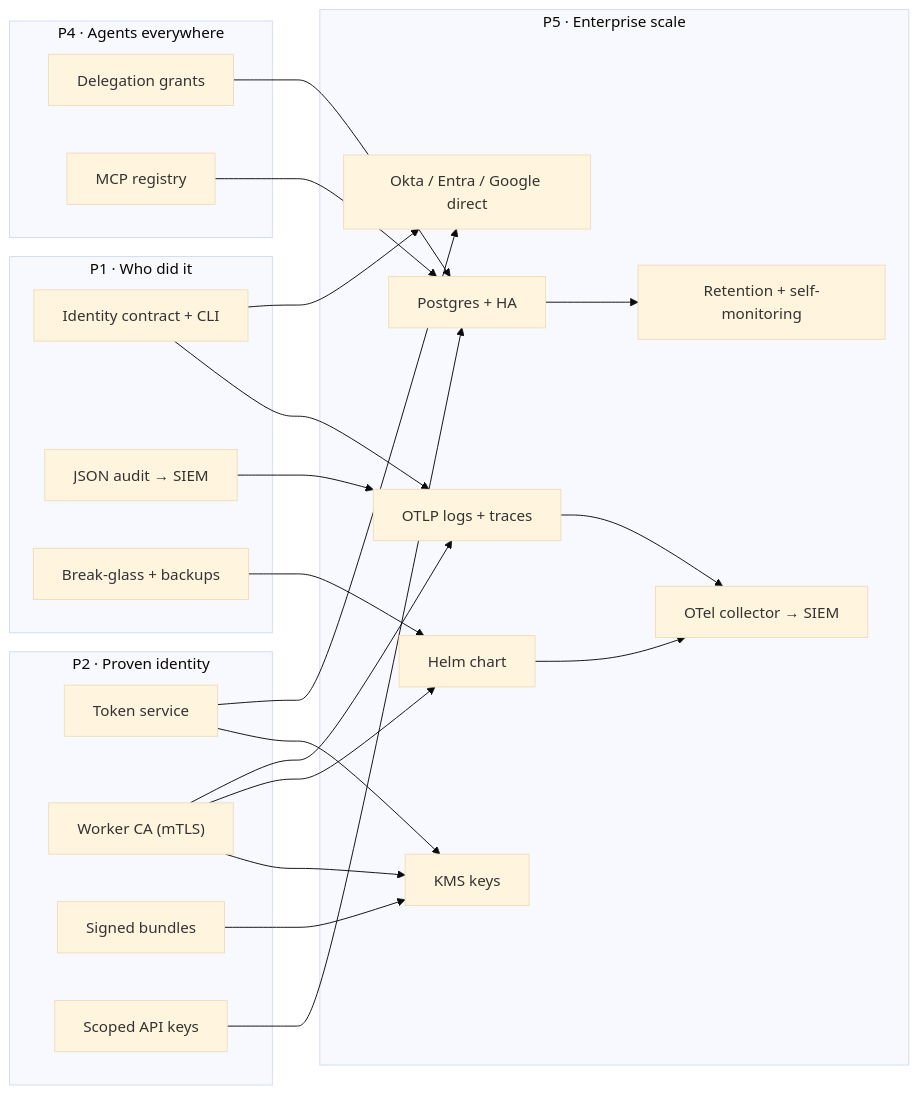
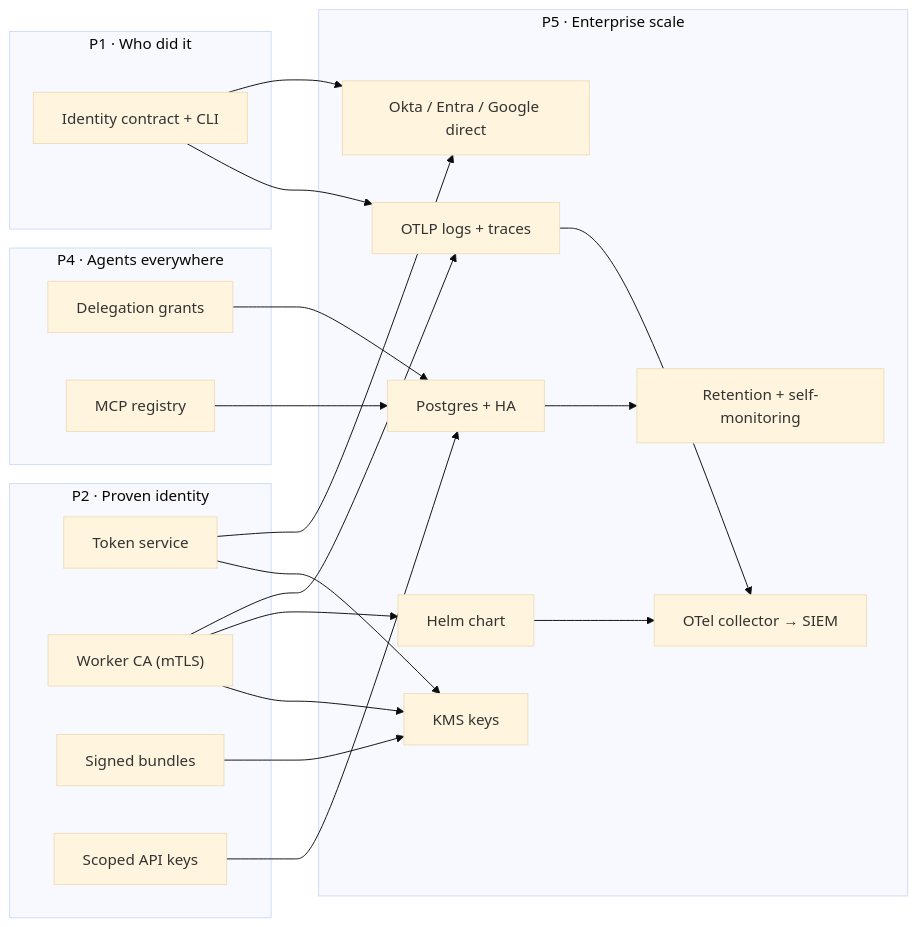
The fifth of 5 diagrams in docs/roadmap/README.md (ethosagent/warden), drawn with Mermaid (base theme) before and after one commit. The commit also changed other lines of this file and 22 other files, not shown here.

First line of the commit message:
docs(roadmap): review Phase 2 tickets with requirements, plans and acceptance

````diff
--- a/docs/roadmap/README.md
+++ b/docs/roadmap/README.md
@@ -266,43 +262,39 @@
 ```mermaid
 flowchart LR
   subgraph ph1["P1 · Who did it"]
     p1_identity_contract["Identity contract + CLI"]
-    p1_json_audit["JSON audit → SIEM"]
-    p1_breakglass["Break-glass + backups"]
   end
   subgraph ph2["P2 · Proven identity"]
     p2_token_service["Token service"]
     p2_worker_ca["Worker CA (mTLS)"]
     p2_signed_bundles["Signed bundles"]
     p2_api_keys["Scoped API keys"]
   end
   subgraph ph4["P4 · Agents everywhere"]
     p4_grants["Delegation grants"]
     p4_mcp_registry["MCP registry"]
   end
   subgraph ph5["P5 · Enterprise scale"]
     p5_idp_adapters["Okta / Entra / Google direct"]
     p5_postgres_ha["Postgres + HA"]
     p5_otlp["OTLP logs + traces"]
     p5_helm["Helm chart"]
     p5_kms["KMS keys"]
     p5_retention["Retention + self-monitoring"]
     p5_siem["OTel collector → SIEM"]
   end
   p1_identity_contract --> p5_idp_adapters
   p2_token_service --> p5_idp_adapters
   p2_api_keys --> p5_postgres_ha
   p4_grants --> p5_postgres_ha
   p4_mcp_registry --> p5_postgres_ha
-  p1_json_audit --> p5_otlp
   p1_identity_contract --> p5_otlp
   p2_worker_ca --> p5_otlp
   p2_worker_ca --> p5_helm
-  p1_breakglass --> p5_helm
   p2_worker_ca --> p5_kms
   p2_signed_bundles --> p5_kms
   p2_token_service --> p5_kms
   p5_postgres_ha --> p5_retention
   p5_otlp --> p5_siem
   p5_helm --> p5_siem
 ```
````
